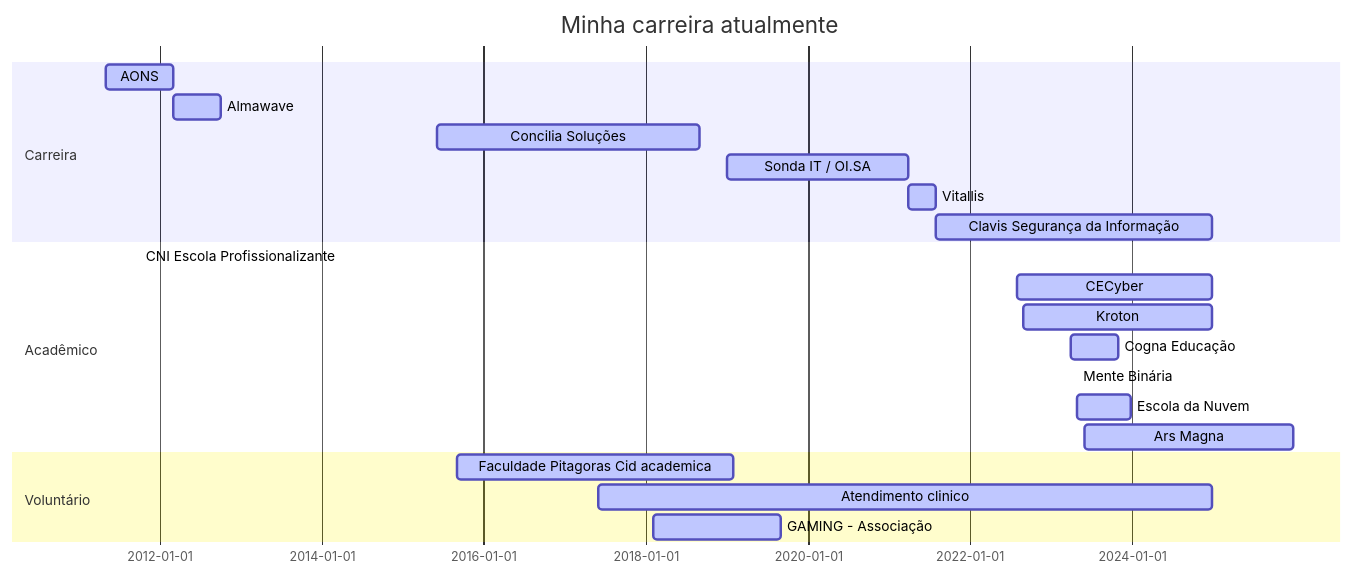
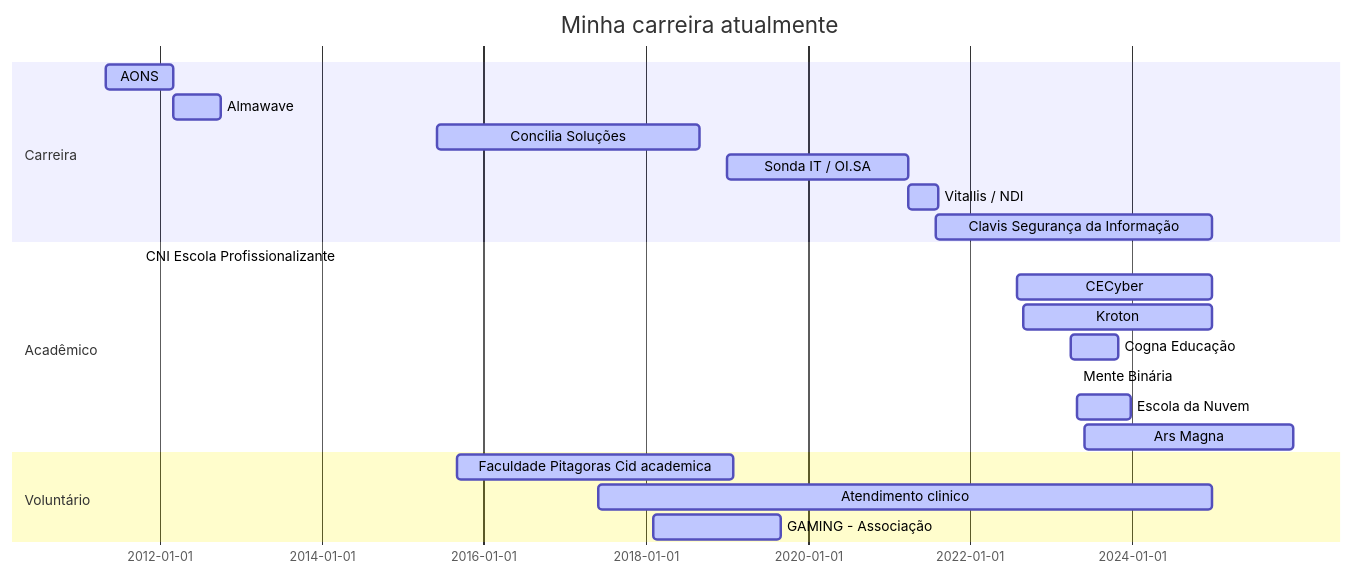
Before and after one commit to Ridd1kulusC0d3r/Ridd1kulusC0d3r: the diagram in README.md, drawn with Mermaid.

````diff
--- a/README.md
+++ b/README.md
@@ -9,29 +9,29 @@
 ```mermaid
 
 gantt
 dateFormat  YYYY-MM-DD
 title Minha carreira atualmente
 
 section Carreira
 AONS           :active,, 2011-05-01,2012-03-01
 Almawave          :active,, 2012-03-01,2012-10-01
 Concilia Soluções       :active,, 2015-06-01,2018-09-01
 Sonda IT / OI.SA           :active,, 2019-01-01,2021-04-01
-Vitallis           :active,, 2021-04-01,2021-08-01
+Vitallis / NDI         :active,, 2021-04-01,2021-08-10
 Clavis Segurança da Informação                :active,, 2021-08-01,2024-12-31
 
 section Acadêmico
 CNI Escola Profissionalizante :active,, 2011-10-01,2012-02-31
 CECyber :active,, 2022-08-01,2024-12-31
 Kroton              :active,, 2022-09-01,2024-12-31
 Cogna Educação      :active,, 2023-04-01,2023-10-31
 Mente Binária :active,, 2023-05-01,2023-09-31
 Escola da Nuvem :active,, 2023-05-01,2023-12-31
 Ars Magna :active,, 2023-06-01,2025-12-31
 
 
 section Voluntário
 Faculdade Pitagoras Cid academica :active,, 2015-09-01,2019-01-31
 Atendimento clinico    :active,, 2017-06-01,2024-12-31
 GAMING - Associação :active,, 2018-02-01,2019-08-31
 ```
````
